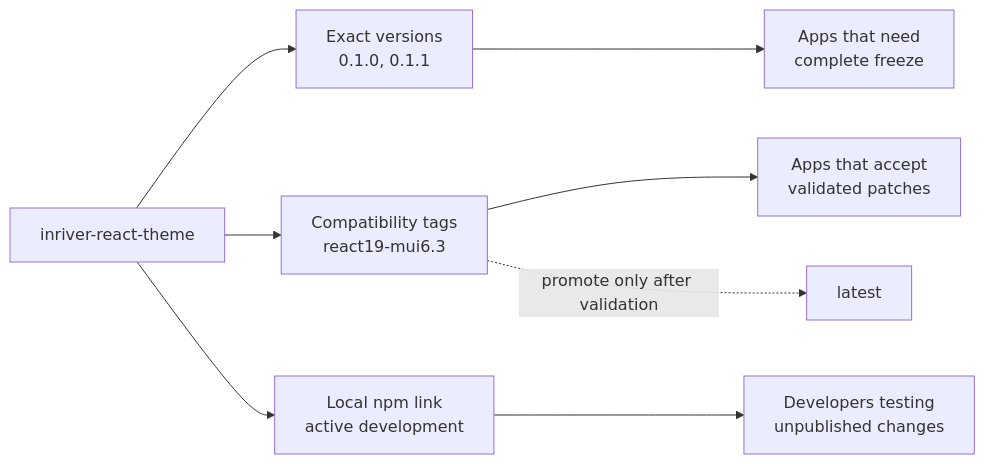
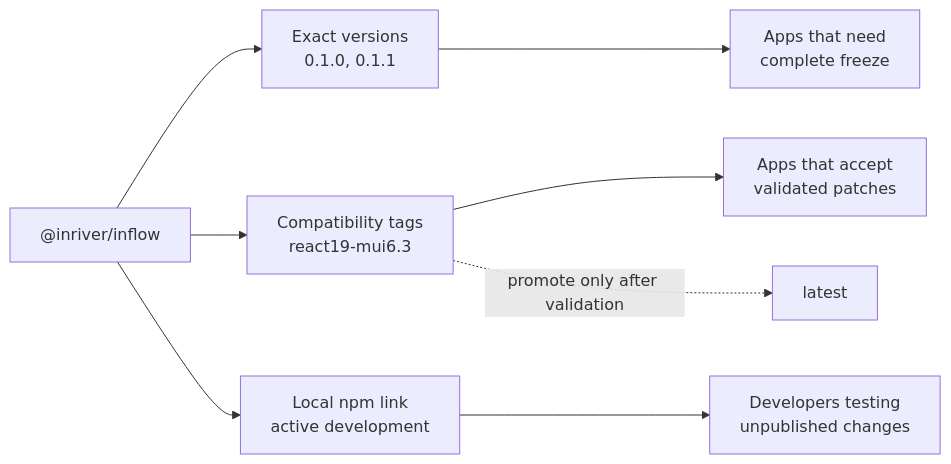
Before and after one commit to inRiver/inflow-react: the first of 2 diagrams in README.md, drawn with Mermaid. The commit also changed other lines of this file and 12 other files, not shown here.

````diff
--- a/README.md
+++ b/README.md
@@ -32,12 +34,12 @@
 ```mermaid
 flowchart LR
-  ThemeRepo["inriver-react-theme"] --> Exact["Exact versions\n0.1.0, 0.1.1"]
+  ThemeRepo["@inriver/inflow"] --> Exact["Exact versions\n0.1.0, 0.1.1"]
   ThemeRepo --> Tags["Compatibility tags\nreact19-mui6.3"]
   ThemeRepo --> Local["Local npm link\nactive development"]
 
   Exact --> FrozenApps["Apps that need\ncomplete freeze"]
   Tags --> StableApps["Apps that accept\nvalidated patches"]
   Local --> DevApps["Developers testing\nunpublished changes"]
 
   Tags -. "promote only after validation" .-> Latest["latest"]
 ```
````
